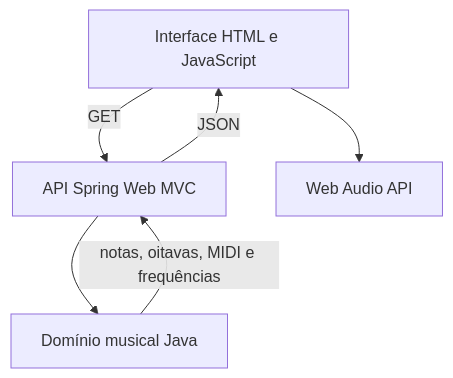
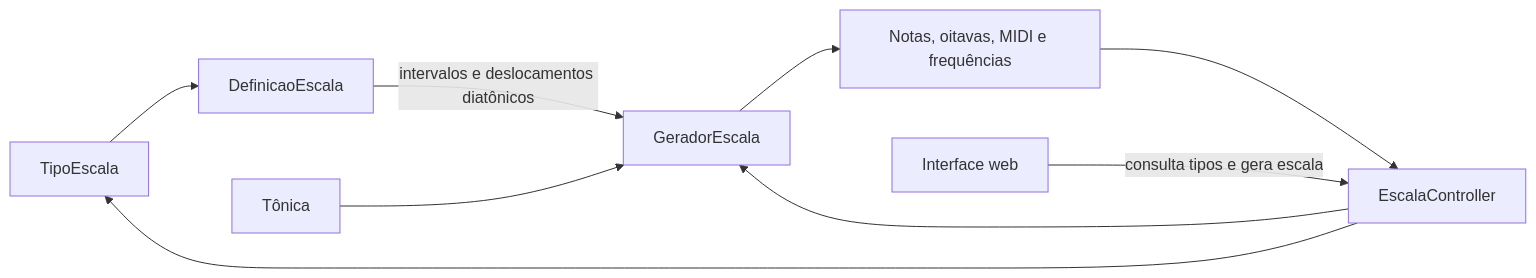
The diagram in README.md (rsdotrafael/music-chord-generator), drawn with Mermaid before and after one commit. The commit also changed other lines of this file, not shown here.

````diff
--- a/README.md
+++ b/README.md
@@ -165,8 +148,11 @@
 ```mermaid
-flowchart TD
-    A[Interface HTML e JavaScript] -->|GET| B[API Spring Web MVC]
-    B --> C[Domínio musical Java]
-    C -->|notas, oitavas, MIDI e frequências| B
-    B -->|JSON| A
-    A --> D[Web Audio API]
+flowchart LR
+    A[TipoEscala] --> B[DefinicaoEscala]
+    B -->|intervalos e deslocamentos diatônicos| C[GeradorEscala]
+    D[Tônica] --> C
+    C --> E[Notas, oitavas, MIDI e frequências]
+    F[EscalaController] --> A
+    F --> C
+    G[Interface web] -->|consulta tipos e gera escala| F
+    E --> F
 ```
````
